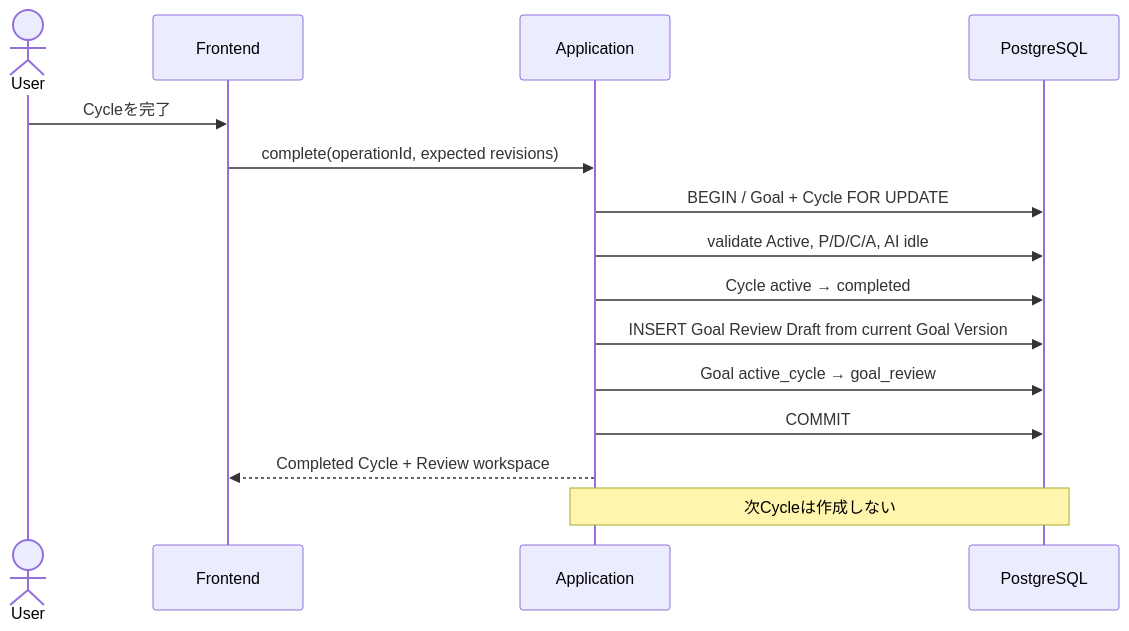
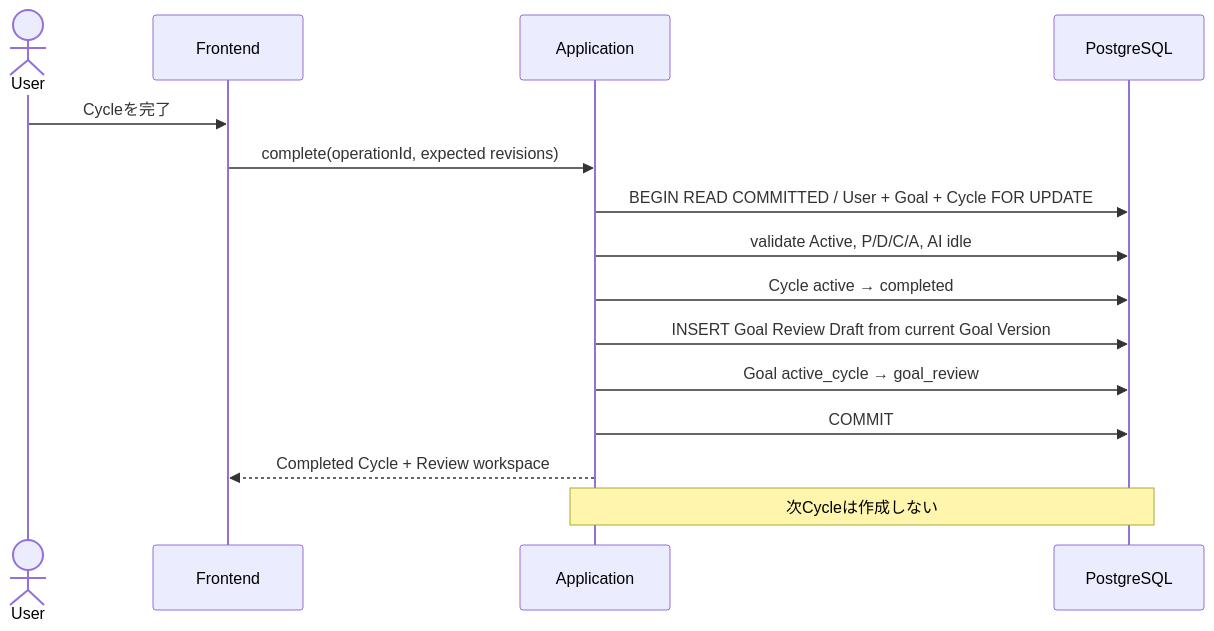
Before and after one commit to fukamu/cycle: the eighth of 12 diagrams in docs/design.md, drawn with Mermaid. The commit also changed other lines of this file and 5 other files, not shown here.

````diff
--- a/docs/design.md
+++ b/docs/design.md
@@ -1923,18 +1923,18 @@
 ```mermaid
 sequenceDiagram
     actor U as User
     participant F as Frontend
     participant B as Application
     participant DB as PostgreSQL
 
     U->>F: Cycleを完了
     F->>B: complete(operationId, expected revisions)
-    B->>DB: BEGIN / Goal + Cycle FOR UPDATE
+    B->>DB: BEGIN READ COMMITTED / User + Goal + Cycle FOR UPDATE
     B->>DB: validate Active, P/D/C/A, AI idle
     B->>DB: Cycle active → completed
     B->>DB: INSERT Goal Review Draft from current Goal Version
     B->>DB: Goal active_cycle → goal_review
     B->>DB: COMMIT
     B-->>F: Completed Cycle + Review workspace
     Note over B,DB: 次Cycleは作成しない
 ```
````
